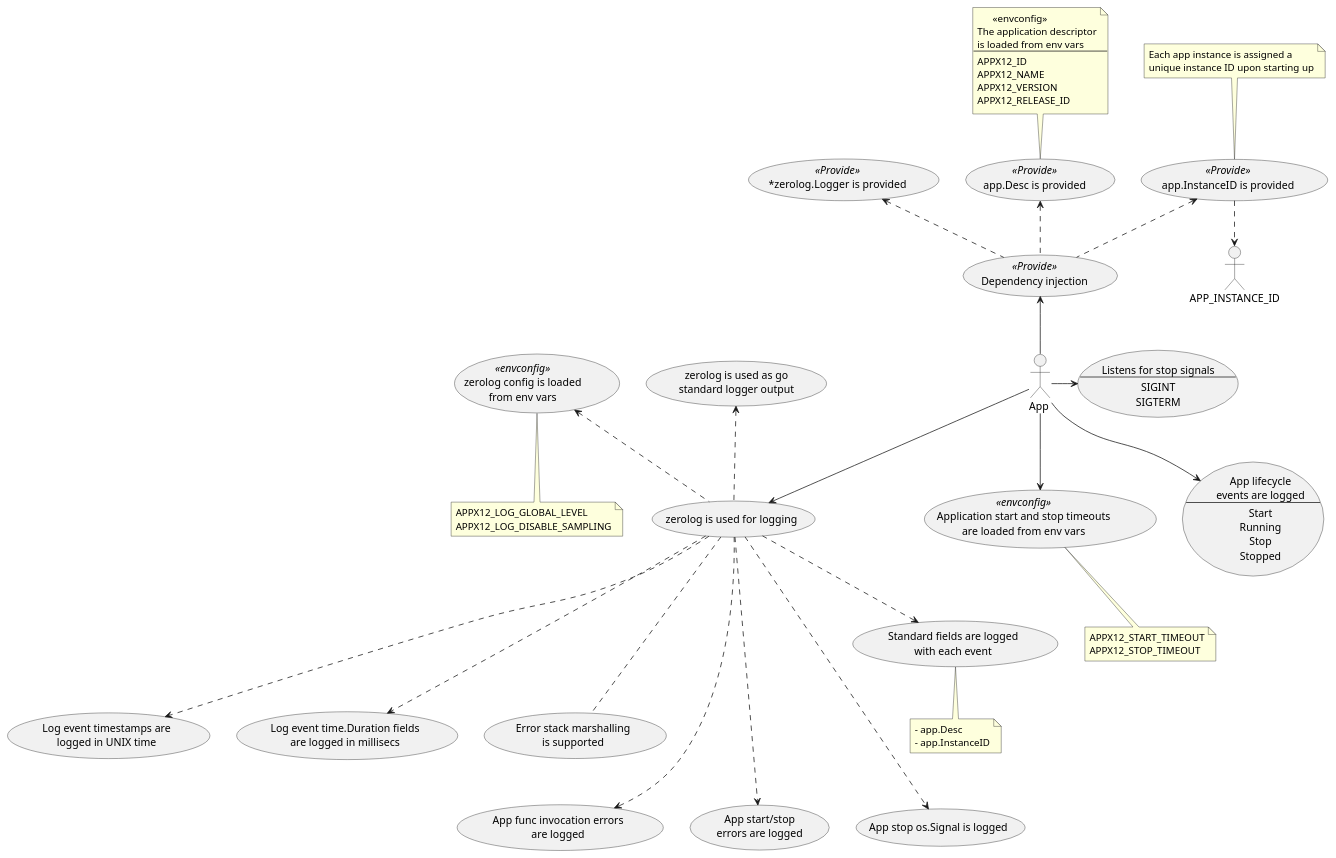
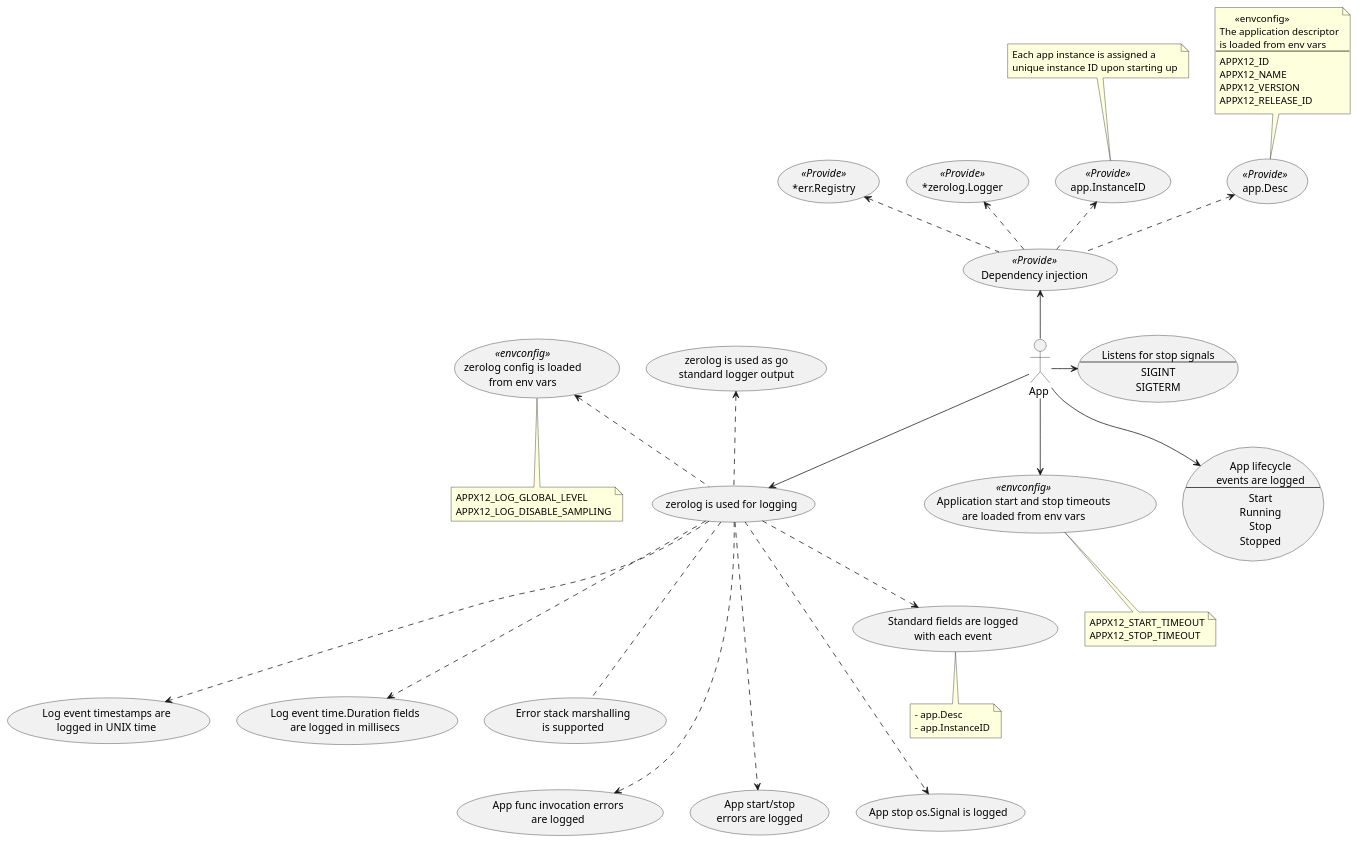
One commit to oysterpack/andiamo changed the diagram in pkg/app/fx/usecases.puml. Above: the diagram before and after it, drawn with PlantUML. The commit also changed 8 other files, not shown here.

First line of the commit message:
Created new err.Registry

```diff
--- a/pkg/app/fx/usecases.puml
+++ b/pkg/app/fx/usecases.puml
@@ -1,109 +1,116 @@
 @startuml
+skinparam usecase {
+	BackgroundColor<< NEW >> DarkSeaGreen
+	BorderColor<< NEW >> YellowGreen
+}
+
 actor :App : as APP
 
 usecase APP_TIMEOUTS << envconfig >> as "Application start and stop timeouts
 are loaded from env vars"
 
 note bottom of APP_TIMEOUTS {
 APPX12_START_TIMEOUT
 APPX12_STOP_TIMEOUT
 }
 
 usecase APP_LOGGING as "zerolog is used for logging"
 usecase ZEROLOG_CONFIG << envconfig >> as "zerolog config is loaded
 from env vars"
 
 note bottom of ZEROLOG_CONFIG {
 APPX12_LOG_GLOBAL_LEVEL
 APPX12_LOG_DISABLE_SAMPLING
 }
 
 usecase LOG_APP_DESC as "Standard fields are logged
 with each event"
 
 note bottom of LOG_APP_DESC {
 - app.Desc
 - app.InstanceID
 }
 
 usecase LOG_TIMESTAMP as "Log event timestamps are
 logged in UNIX time"
 
 usecase LOG_DURATION as "Log event time.Duration fields
 are logged in millisecs"
 
 usecase LOG_ERROR_STACK_MARSHALLER as "Error stack marshalling
 is supported"
 
 usecase GO_LOGGING as "zerolog is used as go
 standard logger output"
 
 usecase DEPENDENCY_INJECTION << Provide >> as "Dependency injection"
-usecase PROVIDE_APP_DESC << Provide >> as "app.Desc is provided"
+usecase PROVIDE_APP_DESC << Provide >> as "app.Desc"
 
 note top of PROVIDE_APP_DESC {
       <<envconfig>>
 The application descriptor
 is loaded from env vars
 ---
 APPX12_ID
 APPX12_NAME
 APPX12_VERSION
 APPX12_RELEASE_ID
 }
 
-usecase PROVIDE_APP_INSTANCE_ID << Provide >> as "app.InstanceID is provided"
+usecase PROVIDE_APP_INSTANCE_ID << Provide >> as "app.InstanceID"
 
 note top of PROVIDE_APP_INSTANCE_ID  {
 Each app instance is assigned a
 unique instance ID upon starting up
 }
 
-usecase PROVIDE_LOGGER << Provide >> as "*zerolog.Logger is provided"
+usecase PROVIDE_LOGGER << Provide >> as "*zerolog.Logger"
+
+usecase PROVIDE_ERR_REGISTRY << Provide >> as "*err.Registry"
 
 DEPENDENCY_INJECTION .up.> PROVIDE_APP_DESC
 DEPENDENCY_INJECTION .up.> PROVIDE_APP_INSTANCE_ID
 DEPENDENCY_INJECTION .up.> PROVIDE_LOGGER
-APP_INSTANCE_ID <.up. PROVIDE_APP_INSTANCE_ID
+DEPENDENCY_INJECTION .up.> PROVIDE_ERR_REGISTRY
 
 usecase LOG_APP_LIFECYCLE_EVENTS as "App lifecycle
 events are logged
 ---
 Start
 Running
 Stop
 Stopped"
 
 usecase LOG_APP_INVOKE_ERRORS as "App func invocation errors
 are logged"
 
 usecase LOG_APP_START_STOP_ERRORS as "App start/stop
 errors are logged"
 
 usecase LOG_STOP_SIGNAL_EVENT as "App stop os.Signal is logged"
 
 usecase APP_STOP_SIGNALS as "Listens for stop signals
 ---
 SIGINT
 SIGTERM
 "
 
 APP_LOGGING .up.> GO_LOGGING
 APP_LOGGING .up.> ZEROLOG_CONFIG
 APP_LOGGING ..> LOG_APP_DESC
 APP_LOGGING ...> LOG_TIMESTAMP
 APP_LOGGING ...> LOG_DURATION
 APP_LOGGING ....> LOG_APP_INVOKE_ERRORS
 APP_LOGGING ....> LOG_APP_START_STOP_ERRORS
 APP_LOGGING ....> LOG_STOP_SIGNAL_EVENT
 APP_LOGGING ... LOG_ERROR_STACK_MARSHALLER
 
 
 APP -up-> DEPENDENCY_INJECTION
 APP --> APP_TIMEOUTS
 APP --> APP_LOGGING
 
 APP --> LOG_APP_LIFECYCLE_EVENTS
 APP -> APP_STOP_SIGNALS
 
 @enduml
```
